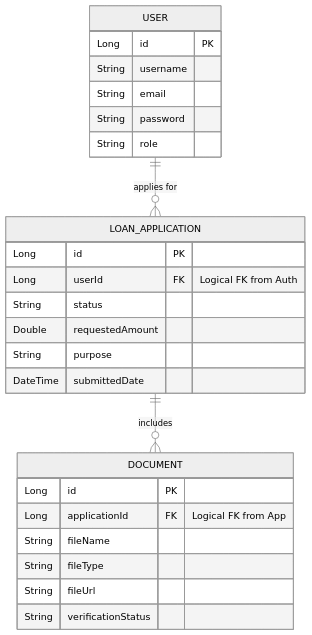
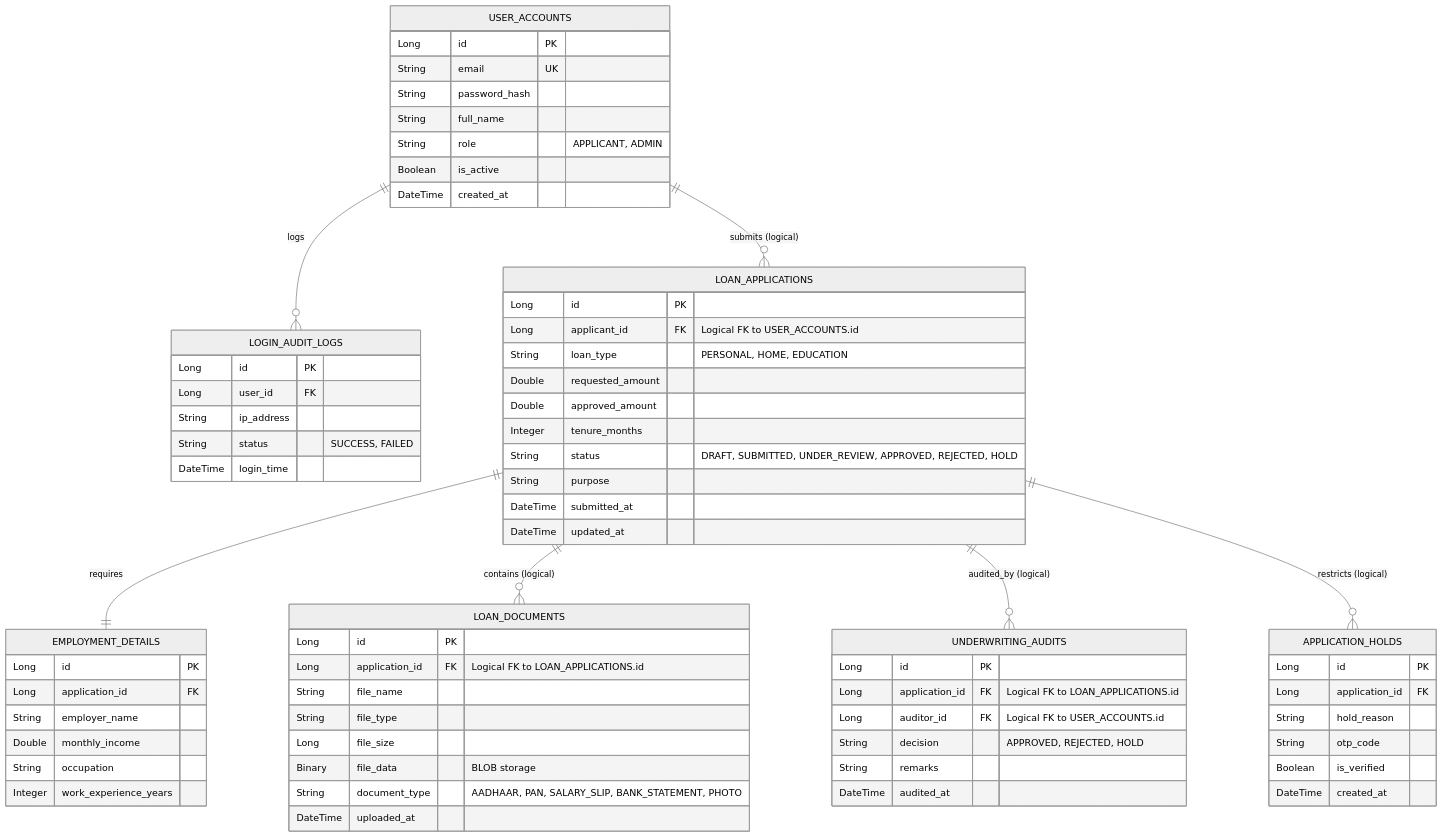
One commit to durgaaprasadch/FinFlow changed the third of 5 diagrams in docs/DESIGN_DIAGRAMS.md. Above: the diagram before and after it, drawn with Mermaid (neutral theme). The commit also changed other lines of this file and 2 other files, not shown here.

````diff
--- a/docs/DESIGN_DIAGRAMS.md
+++ b/docs/DESIGN_DIAGRAMS.md
@@ -75,35 +117,83 @@
 ```mermaid
 erDiagram
-    %% Auth Service Database
-    USER {
+    %% Auth Service DB
+    USER_ACCOUNTS {
         Long id PK
-        String username
-        String email
-        String password
-        String role
+        String email UK
+        String password_hash
+        String full_name
+        String role "APPLICANT, ADMIN"
+        Boolean is_active
+        DateTime created_at
+    }
+    
+    LOGIN_AUDIT_LOGS {
+        Long id PK
+        Long user_id FK
+        String ip_address
+        String status "SUCCESS, FAILED"
+        DateTime login_time
     }
 
-    %% Application Service Database
-    LOAN_APPLICATION {
+    %% Application Service DB
+    LOAN_APPLICATIONS {
         Long id PK
-        Long userId FK "Logical FK from Auth"
-        String status
-        Double requestedAmount
+        Long applicant_id FK "Logical FK to USER_ACCOUNTS.id"
+        String loan_type "PERSONAL, HOME, EDUCATION"
+        Double requested_amount
+        Double approved_amount
+        Integer tenure_months
+        String status "DRAFT, SUBMITTED, UNDER_REVIEW, APPROVED, REJECTED, HOLD"
         String purpose
-        DateTime submittedDate
+        DateTime submitted_at
+        DateTime updated_at
     }
 
-    %% Document Service Database
-    DOCUMENT {
+    EMPLOYMENT_DETAILS {
         Long id PK
-        Long applicationId FK "Logical FK from App"
-        String fileName
-        String fileType
-        String fileUrl
-        String verificationStatus
+        Long application_id FK
+        String employer_name
+        Double monthly_income
+        String occupation
+        Integer work_experience_years
     }
 
-    %% Logical Relationships across microservices
-    USER ||--o{ LOAN_APPLICATION : "applies for"
-    LOAN_APPLICATION ||--o{ DOCUMENT : "includes"
+    %% Document Service DB
+    LOAN_DOCUMENTS {
+        Long id PK
+        Long application_id FK "Logical FK to LOAN_APPLICATIONS.id"
+        String file_name
+        String file_type
+        Long file_size
+        Binary file_data "BLOB storage"
+        String document_type "AADHAAR, PAN, SALARY_SLIP, BANK_STATEMENT, PHOTO"
+        DateTime uploaded_at
+    }
+
+    %% Admin Service DB
+    UNDERWRITING_AUDITS {
+        Long id PK
+        Long application_id FK "Logical FK to LOAN_APPLICATIONS.id"
+        Long auditor_id FK "Logical FK to USER_ACCOUNTS.id"
+        String decision "APPROVED, REJECTED, HOLD"
+        String remarks
+        DateTime audited_at
+    }
+
+    APPLICATION_HOLDS {
+        Long id PK
+        Long application_id FK
+        String hold_reason
+        String otp_code
+        Boolean is_verified
+        DateTime created_at
+    }
+
+    %% Logical Cross-Service Relationships
+    USER_ACCOUNTS ||--o{ LOGIN_AUDIT_LOGS : "logs"
+    USER_ACCOUNTS ||--o{ LOAN_APPLICATIONS : "submits (logical)"
+    LOAN_APPLICATIONS ||--|| EMPLOYMENT_DETAILS : "requires"
+    LOAN_APPLICATIONS ||--o{ LOAN_DOCUMENTS : "contains (logical)"
+    LOAN_APPLICATIONS ||--o{ UNDERWRITING_AUDITS : "audited_by (logical)"
+    LOAN_APPLICATIONS ||--o{ APPLICATION_HOLDS : "restricts (logical)"
 ```
````
